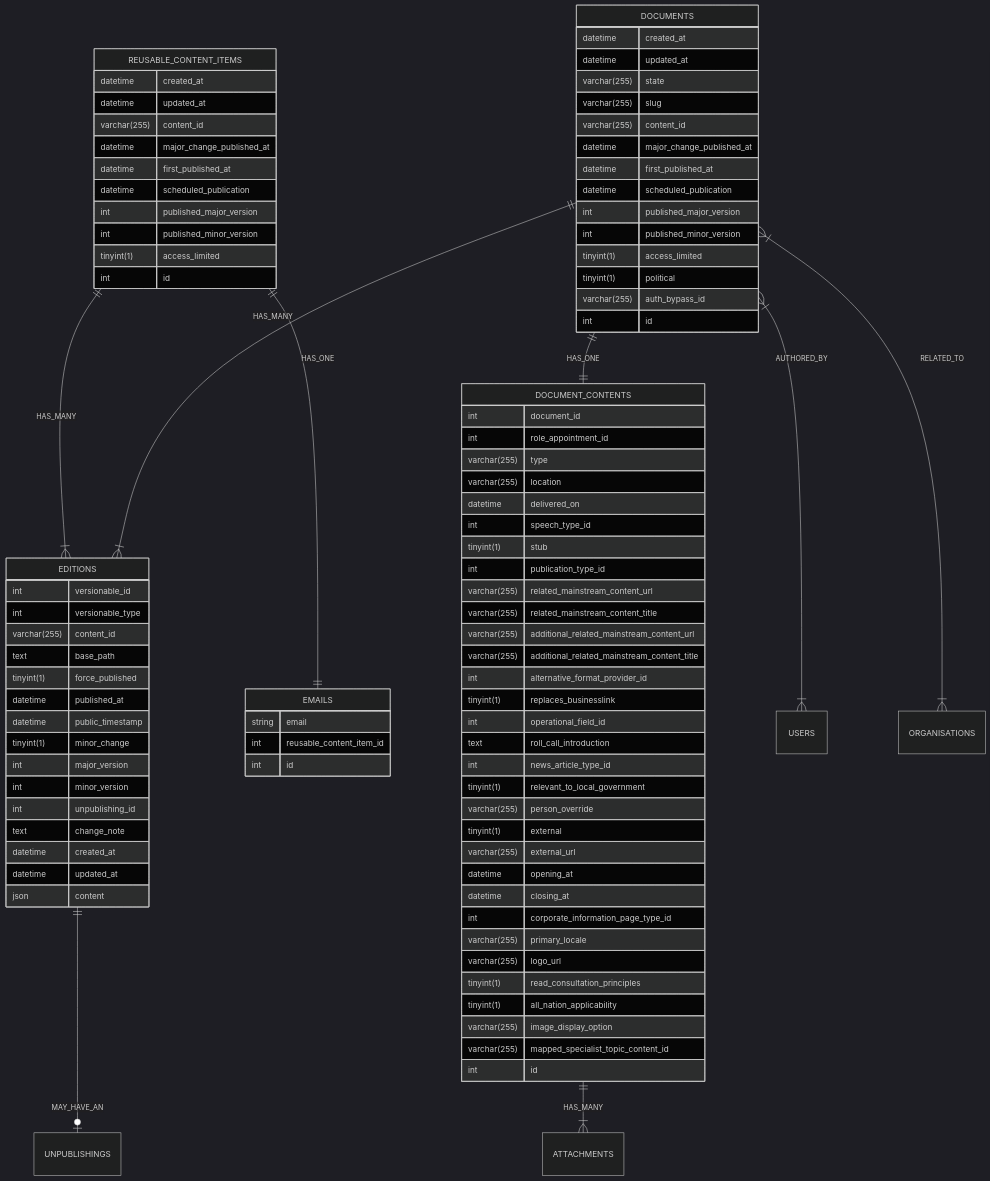
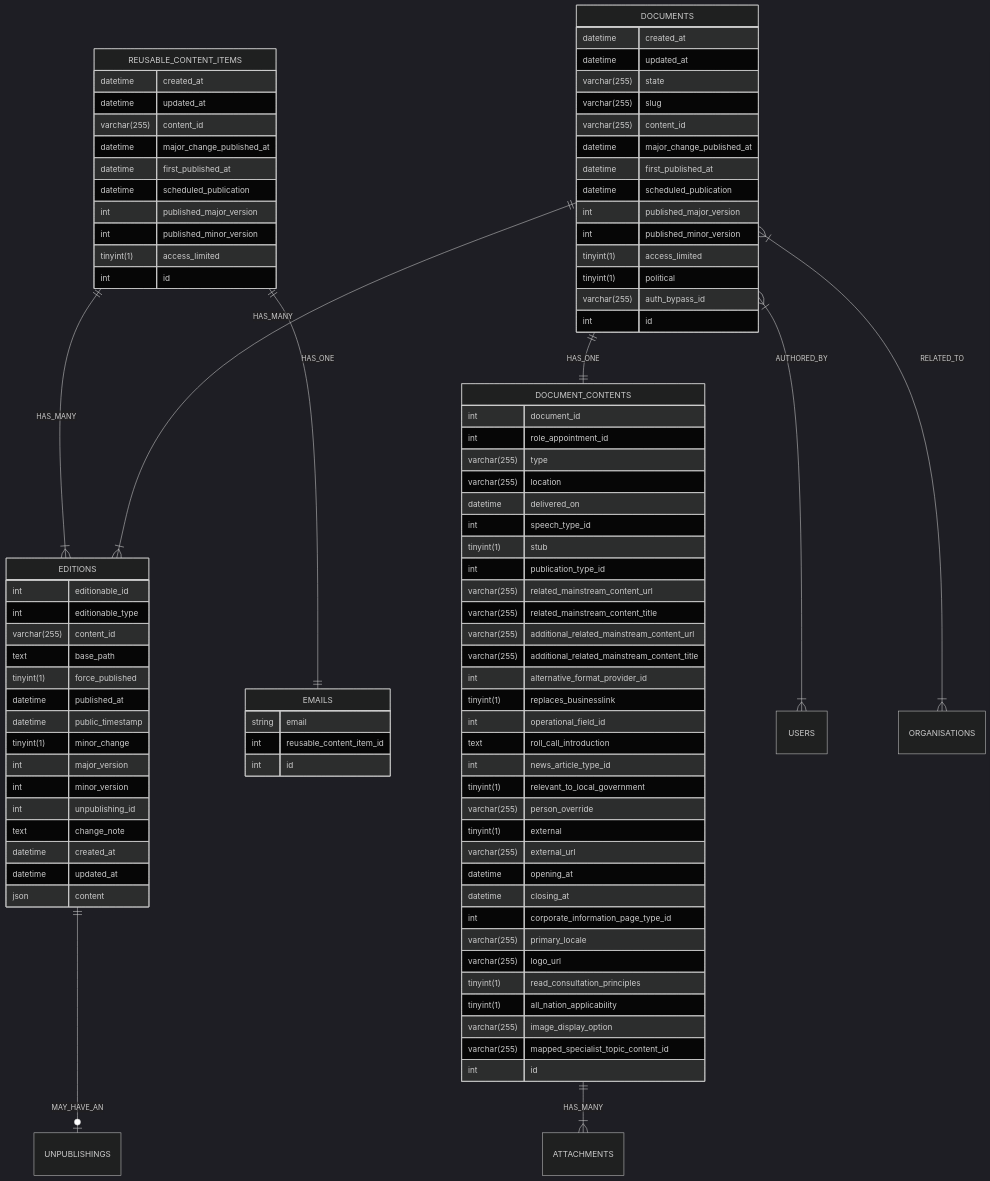
One commit to alphagov/whitehall changed the diagram in docs/adr/0003-introduce-reusable-content-items/editions.mmd. Above: the diagram before and after it, drawn with Mermaid (dark theme). The commit also changed 1 other file, not shown here.

```diff
--- a/docs/adr/0003-introduce-reusable-content-items/editions.mmd
+++ b/docs/adr/0003-introduce-reusable-content-items/editions.mmd
@@ -1,102 +1,102 @@
 erDiagram
 DOCUMENTS {
    datetime created_at
    datetime updated_at
    varchar(255) state
    %% state only includes draft/reviewed/submitted/published %%
    varchar(255) slug
    varchar(255) content_id
    datetime major_change_published_at
    datetime first_published_at
    datetime scheduled_publication
    int published_major_version
    int published_minor_version
    tinyint(1) access_limited
    tinyint(1) political
    varchar(255) auth_bypass_id
    int id
 }
 %% Editions can be separated later on to separate tables  %%
 DOCUMENT_CONTENTS {
    int document_id
    int role_appointment_id
    varchar(255) type
    varchar(255) location
    datetime delivered_on
    int speech_type_id
    tinyint(1) stub
    int publication_type_id
    varchar(255) related_mainstream_content_url
    varchar(255) related_mainstream_content_title
    varchar(255) additional_related_mainstream_content_url
    varchar(255) additional_related_mainstream_content_title
    int alternative_format_provider_id
    tinyint(1) replaces_businesslink
    int operational_field_id
    text roll_call_introduction
    int news_article_type_id
    tinyint(1) relevant_to_local_government
    varchar(255) person_override
    tinyint(1) external
    varchar(255) external_url
    datetime opening_at
    datetime closing_at
    int corporate_information_page_type_id
    varchar(255) primary_locale
    varchar(255) logo_url
    tinyint(1) read_consultation_principles
    tinyint(1) all_nation_applicability
    varchar(255) image_display_option
    varchar(255) mapped_specialist_topic_content_id
    int id
 }
 %% Refactored concerns allow sharing behaviour with documents %%
 REUSABLE_CONTENT_ITEMS {
    datetime created_at
    datetime updated_at
    varchar(255) content_id
    datetime major_change_published_at
    datetime first_published_at
    datetime scheduled_publication
    int published_major_version
    int published_minor_version
    tinyint(1) access_limited
    int id
 }
 EMAILS {
    string email
    int reusable_content_item_id
    int id
 }
 
 EDITIONS {
-   int versionable_id
-   int versionable_type
+   int editionable_id
+   int editionable_type
    varchar(255) content_id
    text base_path
    tinyint(1) force_published
    datetime published_at
    datetime public_timestamp
    tinyint(1) minor_change
    int major_version
    int minor_version
    int unpublishing_id
    text change_note
    datetime created_at
    datetime updated_at
    json content
 }
 
 %% Users can be either related to published item and deleted for each version, or maintained across versions %%
 USERS {}
 ATTACHMENTS {}
 UNPUBLISHINGS {}
 
 DOCUMENTS  ||--|| DOCUMENT_CONTENTS : HAS_ONE
 DOCUMENTS  ||--|{ EDITIONS : HAS_MANY
 DOCUMENTS  }|--|{ USERS: AUTHORED_BY
 DOCUMENTS  }|--|{ ORGANISATIONS: RELATED_TO
 DOCUMENT_CONTENTS   ||--|{ ATTACHMENTS: HAS_MANY
 REUSABLE_CONTENT_ITEMS  ||--|{ EDITIONS : HAS_MANY
 REUSABLE_CONTENT_ITEMS ||--|| EMAILS : HAS_ONE
 EDITIONS ||--o| UNPUBLISHINGS : MAY_HAVE_AN
```
